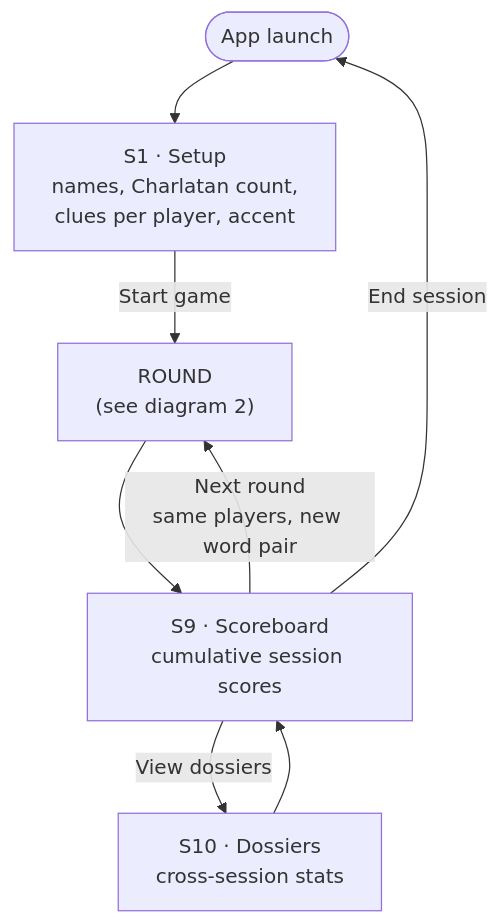
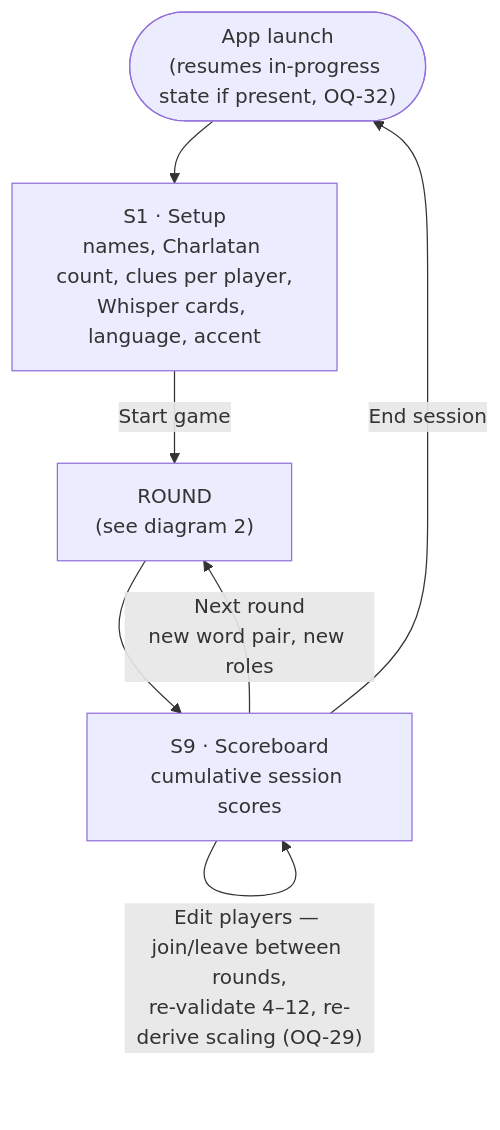
The first of 4 diagrams in docs/02-flows.md (jalieven/charlatan), drawn with Mermaid before and after one commit. The commit also changed other lines of this file and 4 other files, not shown here.

````diff
--- a/docs/02-flows.md
+++ b/docs/02-flows.md
@@ -14,10 +14,9 @@
 ```mermaid
 flowchart TD
-    Launch(["App launch"]) --> S1["S1 · Setup<br/>names, Charlatan count,<br/>clues per player, accent"]
+    Launch(["App launch<br/>(resumes in-progress state if present, OQ-32)"]) --> S1["S1 · Setup<br/>names, Charlatan count, clues per player,<br/>Whisper cards, language, accent"]
     S1 -->|Start game| Round["ROUND<br/>(see diagram 2)"]
     Round --> S9["S9 · Scoreboard<br/>cumulative session scores"]
-    S9 -->|View dossiers| S10["S10 · Dossiers<br/>cross-session stats"]
-    S10 --> S9
-    S9 -->|Next round<br/>same players, new word pair| Round
+    S9 -->|"Edit players — join/leave between rounds,<br/>re-validate 4–12, re-derive scaling (OQ-29)"| S9
+    S9 -->|Next round<br/>new word pair, new roles| Round
     S9 -->|End session| Launch
 ```
````
